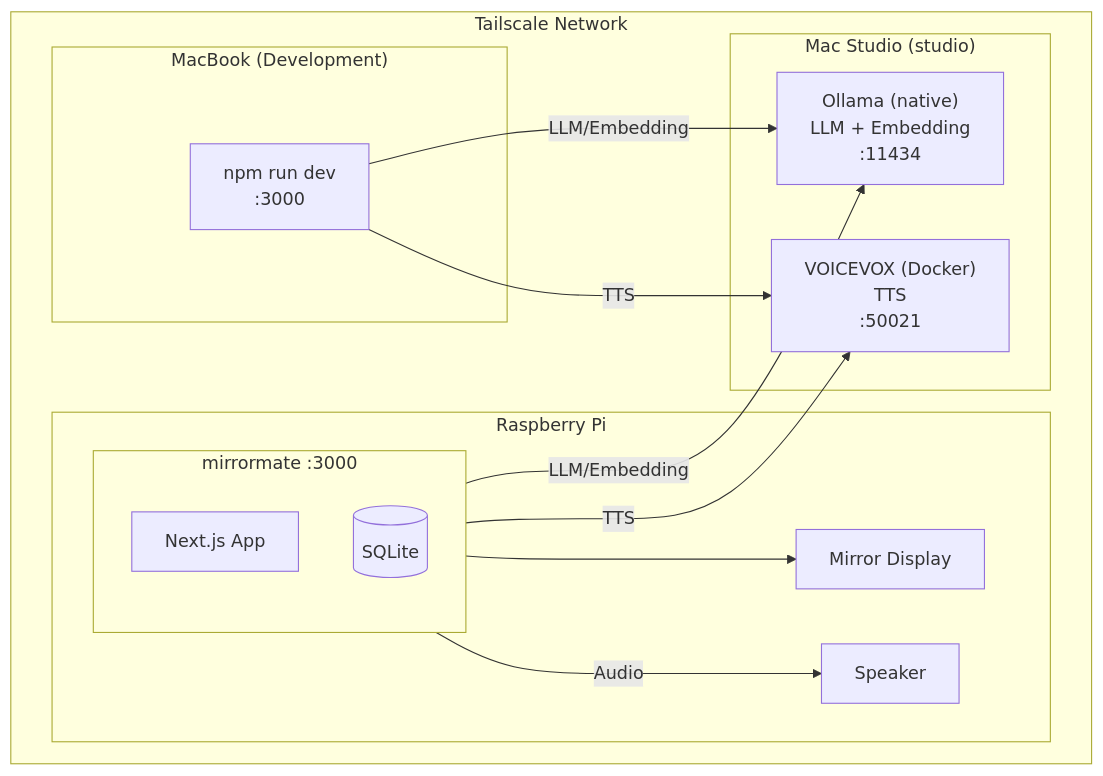
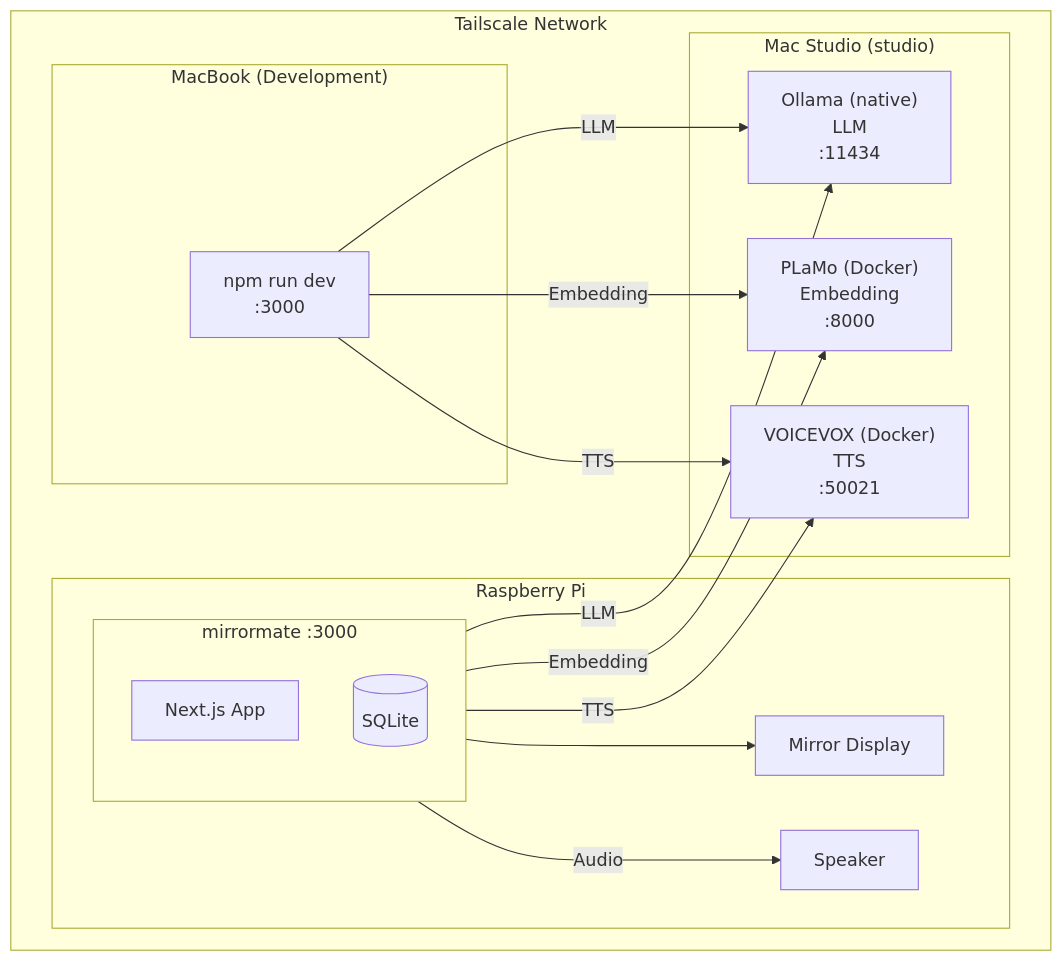
The first of 3 diagrams in docs/guide/recommended-setup.md (orangekame3/mirrormate), drawn with Mermaid before and after one commit. The commit also changed other lines of this file and 5 other files, not shown here.

Commit message:
feat: add PLaMo-Embedding service and update deployment configurations (#49)

````diff
--- a/docs/guide/recommended-setup.md
+++ b/docs/guide/recommended-setup.md
@@ -7,29 +7,32 @@
 ```mermaid
 flowchart TB
     subgraph Tailscale["Tailscale Network"]
         subgraph Studio["Mac Studio (studio)"]
-            Ollama["Ollama (native)<br/>LLM + Embedding<br/>:11434"]
+            Ollama["Ollama (native)<br/>LLM<br/>:11434"]
+            PLaMo["PLaMo (Docker)<br/>Embedding<br/>:8000"]
             VOICEVOX["VOICEVOX (Docker)<br/>TTS<br/>:50021"]
         end
 
         subgraph RPi["Raspberry Pi"]
             Mirror["Mirror Display"]
             subgraph App["mirrormate :3000"]
                 NextJS["Next.js App"]
                 SQLite[(SQLite)]
             end
             Speaker["Speaker"]
         end
 
         subgraph MacBook["MacBook (Development)"]
             Dev["npm run dev<br/>:3000"]
         end
 
-        App -->|LLM/Embedding| Ollama
+        App -->|LLM| Ollama
+        App -->|Embedding| PLaMo
         App -->|TTS| VOICEVOX
-        Dev -->|LLM/Embedding| Ollama
+        Dev -->|LLM| Ollama
+        Dev -->|Embedding| PLaMo
         Dev -->|TTS| VOICEVOX
         App --> Mirror
         App -->|Audio| Speaker
     end
 ```
````
